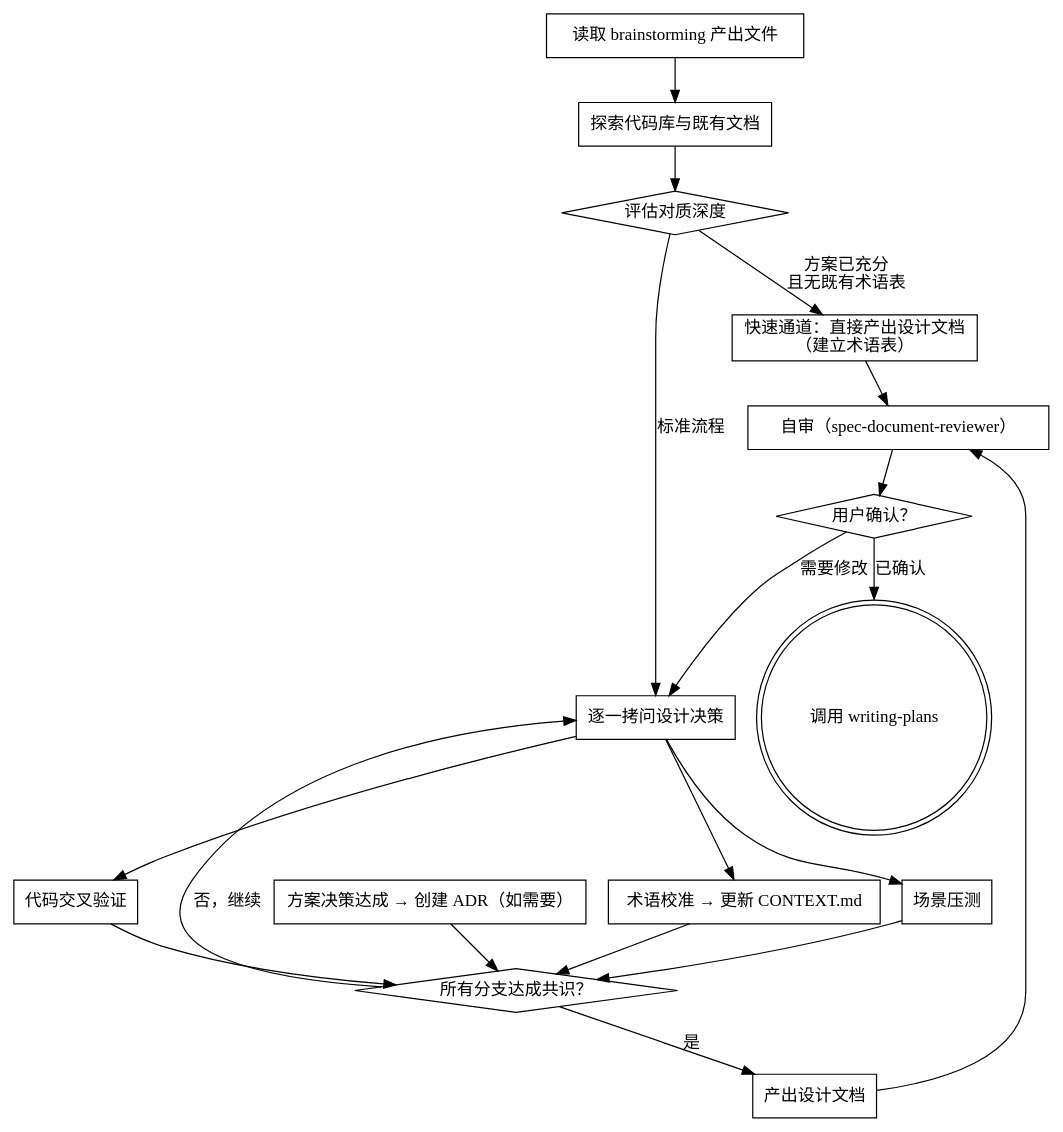
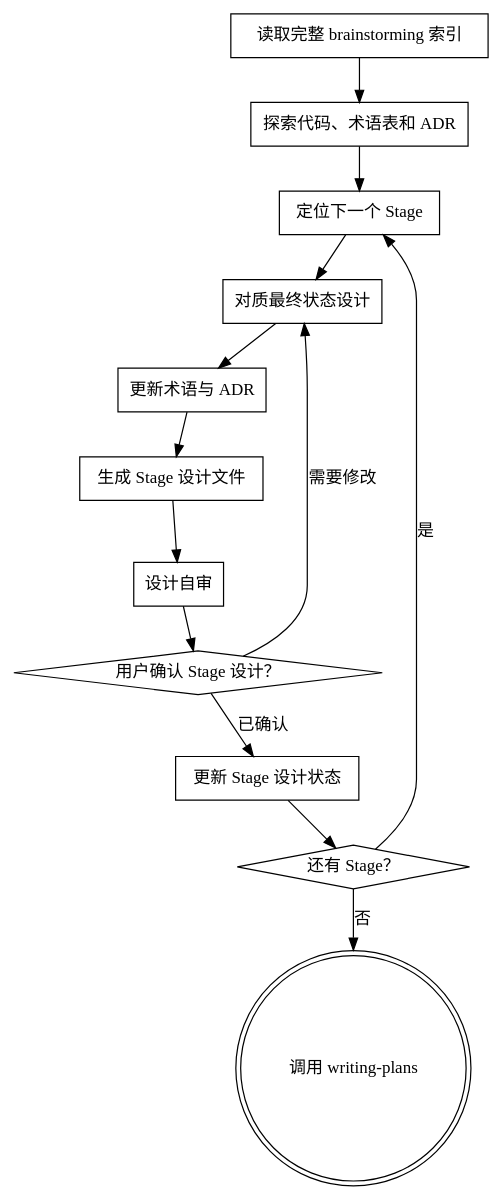
The diagram in workflow/grill-with-docs/SKILL.md (DawnMoon1542/agents-skills), drawn with Graphviz before and after one commit. The commit also changed other lines of this file and 14 other files, not shown here.

````diff
--- a/workflow/grill-with-docs/SKILL.md
+++ b/workflow/grill-with-docs/SKILL.md
@@ -34,37 +55,28 @@
 ```dot
 digraph grill {
-    "读取 brainstorming 产出文件" [shape=box];
-    "探索代码库与既有文档" [shape=box];
-    "评估对质深度" [shape=diamond];
-    "快速通道：直接产出设计文档\n（建立术语表）" [shape=box];
-    "逐一拷问设计决策" [shape=box];
-    "术语校准 → 更新 CONTEXT.md" [shape=box];
-    "场景压测" [shape=box];
-    "代码交叉验证" [shape=box];
-    "方案决策达成 → 创建 ADR（如需要）" [shape=box];
-    "所有分支达成共识？" [shape=diamond];
-    "产出设计文档" [shape=box];
-    "自审（spec-document-reviewer）" [shape=box];
-    "用户确认？" [shape=diamond];
+    "读取完整 brainstorming 索引" [shape=box];
+    "探索代码、术语表和 ADR" [shape=box];
+    "定位下一个 Stage" [shape=box];
+    "对质最终状态设计" [shape=box];
+    "更新术语与 ADR" [shape=box];
+    "生成 Stage 设计文件" [shape=box];
+    "设计自审" [shape=box];
+    "用户确认 Stage 设计？" [shape=diamond];
+    "更新 Stage 设计状态" [shape=box];
+    "还有 Stage？" [shape=diamond];
     "调用 writing-plans" [shape=doublecircle];
 
-    "读取 brainstorming 产出文件" -> "探索代码库与既有文档";
-    "探索代码库与既有文档" -> "评估对质深度";
-    "评估对质深度" -> "快速通道：直接产出设计文档\n（建立术语表）" [label="方案已充分\n且无既有术语表"];
-    "评估对质深度" -> "逐一拷问设计决策" [label="标准流程"];
-    "快速通道：直接产出设计文档\n（建立术语表）" -> "自审（spec-document-reviewer）";
-    "逐一拷问设计决策" -> "术语校准 → 更新 CONTEXT.md";
-    "逐一拷问设计决策" -> "场景压测";
-    "逐一拷问设计决策" -> "代码交叉验证";
-    "术语校准 → 更新 CONTEXT.md" -> "所有分支达成共识？";
-    "场景压测" -> "所有分支达成共识？";
-    "代码交叉验证" -> "所有分支达成共识？";
-    "方案决策达成 → 创建 ADR（如需要）" -> "所有分支达成共识？";
-    "所有分支达成共识？" -> "逐一拷问设计决策" [label="否，继续"];
-    "所有分支达成共识？" -> "产出设计文档" [label="是"];
-    "产出设计文档" -> "自审（spec-document-reviewer）";
-    "自审（spec-document-reviewer）" -> "用户确认？";
-    "用户确认？" -> "逐一拷问设计决策" [label="需要修改"];
-    "用户确认？" -> "调用 writing-plans" [label="已确认"];
+    "读取完整 brainstorming 索引" -> "探索代码、术语表和 ADR";
+    "探索代码、术语表和 ADR" -> "定位下一个 Stage";
+    "定位下一个 Stage" -> "对质最终状态设计";
+    "对质最终状态设计" -> "更新术语与 ADR";
+    "更新术语与 ADR" -> "生成 Stage 设计文件";
+    "生成 Stage 设计文件" -> "设计自审";
+    "设计自审" -> "用户确认 Stage 设计？";
+    "用户确认 Stage 设计？" -> "对质最终状态设计" [label="需要修改"];
+    "用户确认 Stage 设计？" -> "更新 Stage 设计状态" [label="已确认"];
+    "更新 Stage 设计状态" -> "还有 Stage？";
+    "还有 Stage？" -> "定位下一个 Stage" [label="是"];
+    "还有 Stage？" -> "调用 writing-plans" [label="否"];
 }
 ```
````
